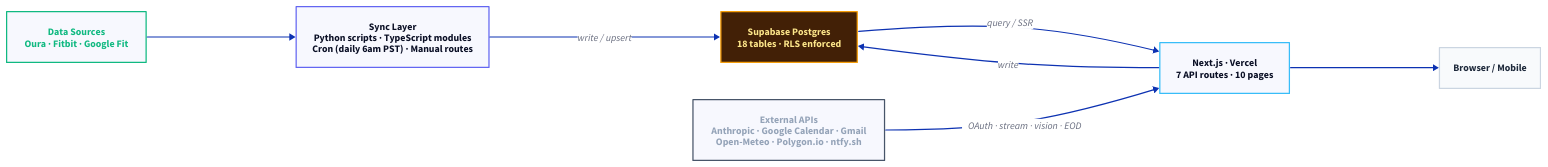
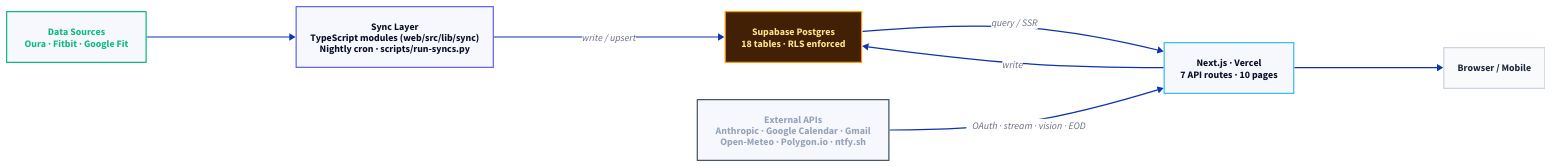
One commit to Theioz/mr-bridge-assistant changed the diagram in docs/architecture.d2. Above: the diagram before and after it, drawn with D2. The commit also changed 3 other files, not shown here.

```diff
--- a/docs/architecture.d2
+++ b/docs/architecture.d2
@@ -1,43 +1,43 @@
 # To re-render:
 # d2 --layout=elk --theme=200 docs/architecture.d2 docs/architecture.svg && sed -i '' 's/data-d2-version="[^"]*" preserveAspectRatio="[^"]*" viewBox="/width="100%" viewBox="/' docs/architecture.svg
 # d2 --layout=elk --theme=200 --scale=2 docs/architecture.d2 docs/architecture.png
 
 direction: right
 
 data_sources: "Data Sources\nOura · Fitbit · Google Fit"
 
-sync: "Sync Layer\nPython scripts · TypeScript modules\nCron (daily 6am PST) · Manual routes"
+sync: "Sync Layer\nTypeScript modules (web/src/lib/sync)\nNightly cron · scripts/run-syncs.py"
 
 supabase: "Supabase Postgres\n18 tables · RLS enforced"
 
 nextjs: "Next.js · Vercel\n7 API routes · 10 pages"
 
 external: "External APIs\nAnthropic · Google Calendar · Gmail\nOpen-Meteo · Polygon.io · ntfy.sh"
 
 user: "Browser / Mobile"
 
 data_sources -> sync
 sync -> supabase: write / upsert
 supabase -> nextjs: query / SSR
 nextjs -> supabase: write
 nextjs -> user
 external -> nextjs: OAuth · stream · vision · EOD
 
 data_sources.style.stroke: "#10B981"
 data_sources.style.font-color: "#10B981"
 
 sync.style.stroke: "#6366F1"
 
 supabase.style.fill: "#422006"
 supabase.style.stroke: "#F59E0B"
 supabase.style.font-color: "#FDE68A"
 supabase.style.bold: true
 
 nextjs.style.stroke: "#38BDF8"
 
 external.style.stroke: "#475569"
 external.style.font-color: "#94A3B8"
 
 user.style.fill: "#F8FAFC"
 user.style.stroke: "#CBD5E1"
 user.style.font-color: "#1E293B"
```
